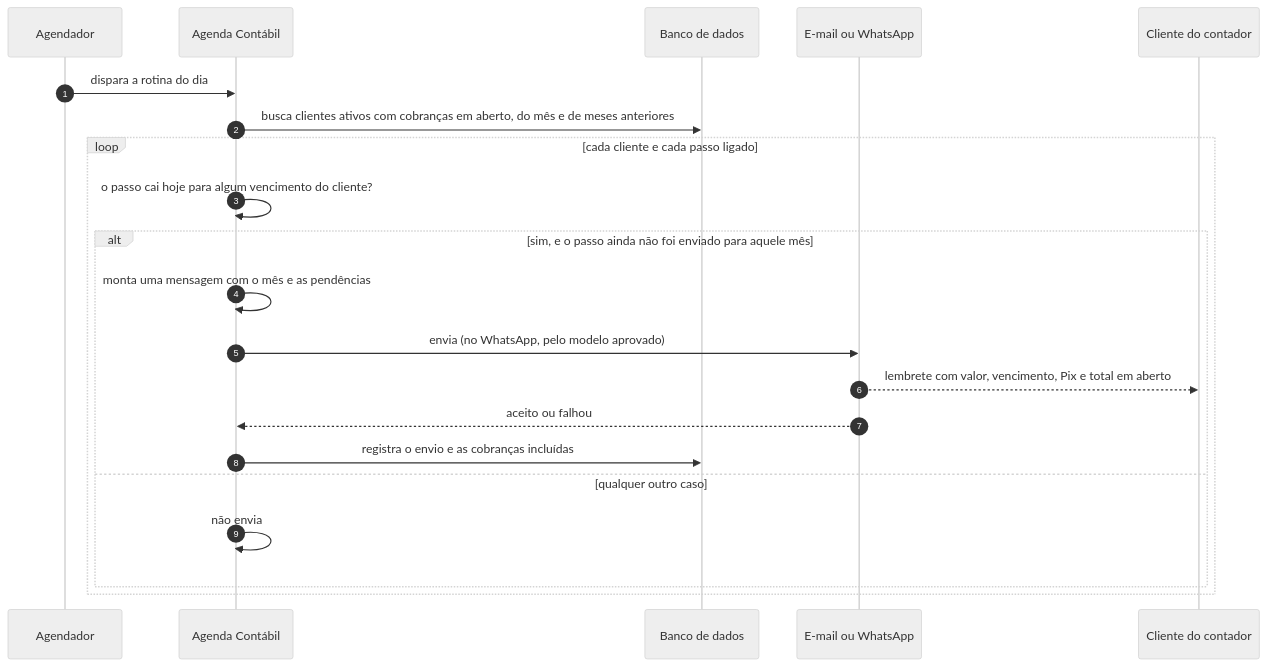
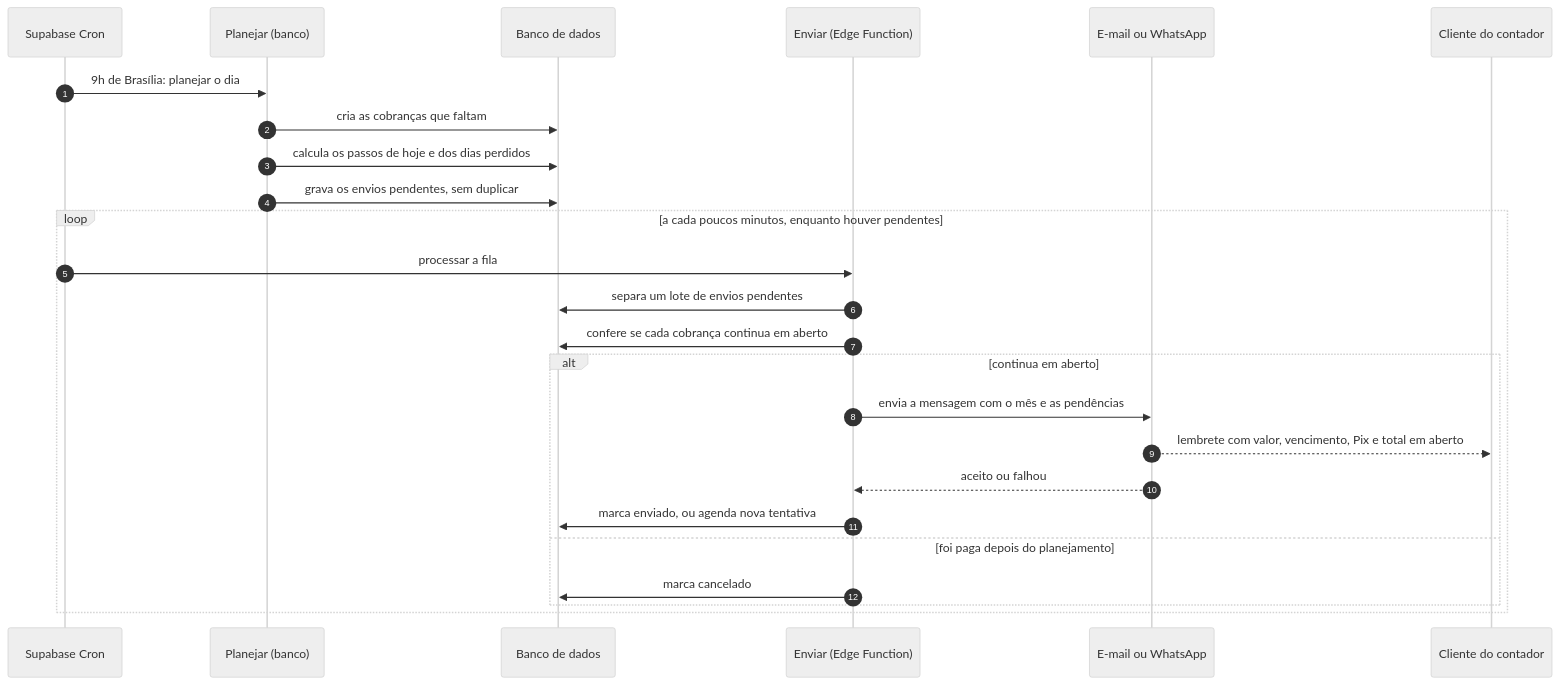
Before and after one commit to 77mdias/neximob: diagram 13 of 19 in docs/Mapa de fluxo.md, drawn with Mermaid (neutral theme). The commit also changed other lines of this file and 4 other files, not shown here.

First line of the commit message:
docs: ADR-0005 (rotina diária com Supabase Cron em duas etapas)

````diff
--- a/docs/Mapa de fluxo.md
+++ b/docs/Mapa de fluxo.md
@@ -314,24 +314,28 @@
 ```mermaid
 sequenceDiagram
     autonumber
-    participant AG as Agendador
-    participant APP as Agenda Contábil
+    participant CRON as Supabase Cron
+    participant PLAN as Planejar (banco)
     participant DB as Banco de dados
+    participant ENV as Enviar (Edge Function)
     participant CAN as E-mail ou WhatsApp
     participant CLI as Cliente do contador
 
-    AG->>APP: dispara a rotina do dia
-    APP->>DB: busca clientes ativos com cobranças em aberto, do mês e de meses anteriores
-    loop cada cliente e cada passo ligado
-        APP->>APP: o passo cai hoje para algum vencimento do cliente?
-        alt sim, e o passo ainda não foi enviado para aquele mês
-            APP->>APP: monta uma mensagem com o mês e as pendências
-            APP->>CAN: envia (no WhatsApp, pelo modelo aprovado)
+    CRON->>PLAN: 9h de Brasília: planejar o dia
+    PLAN->>DB: cria as cobranças que faltam
+    PLAN->>DB: calcula os passos de hoje e dos dias perdidos
+    PLAN->>DB: grava os envios pendentes, sem duplicar
+    loop a cada poucos minutos, enquanto houver pendentes
+        CRON->>ENV: processar a fila
+        ENV->>DB: separa um lote de envios pendentes
+        ENV->>DB: confere se cada cobrança continua em aberto
+        alt continua em aberto
+            ENV->>CAN: envia a mensagem com o mês e as pendências
             CAN-->>CLI: lembrete com valor, vencimento, Pix e total em aberto
-            CAN-->>APP: aceito ou falhou
-            APP->>DB: registra o envio e as cobranças incluídas
-        else qualquer outro caso
-            APP->>APP: não envia
+            CAN-->>ENV: aceito ou falhou
+            ENV->>DB: marca enviado, ou agenda nova tentativa
+        else foi paga depois do planejamento
+            ENV->>DB: marca cancelado
         end
     end
 ```
````
